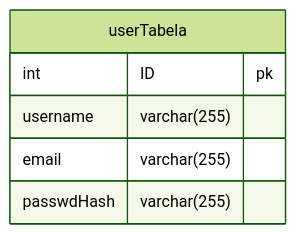
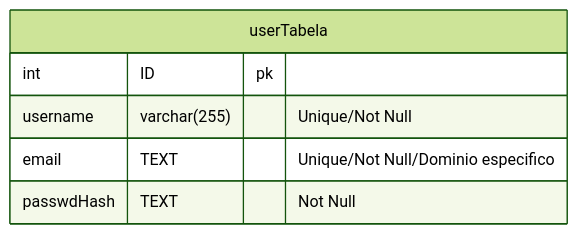
The diagram in documentation/BCD_modelation.md (Eduardo-Nicolete37/OrdoCalamitatis), drawn with Mermaid (forest theme) before and after one commit.

Commit message:
fix: Atualização da modelagem

````diff
--- a/documentation/BCD_modelation.md
+++ b/documentation/BCD_modelation.md
@@ -3,11 +3,11 @@
 ```mermaid
 erDiagram
 
 userTabela {
     int ID pk
-    username varchar(255)
-    email varchar(255)
-    passwdHash varchar(255)
+    username varchar(255) "Unique/Not Null"
+    email TEXT "Unique/Not Null/Dominio especifico"
+    passwdHash TEXT "Not Null"
     
 }
 ```
````
